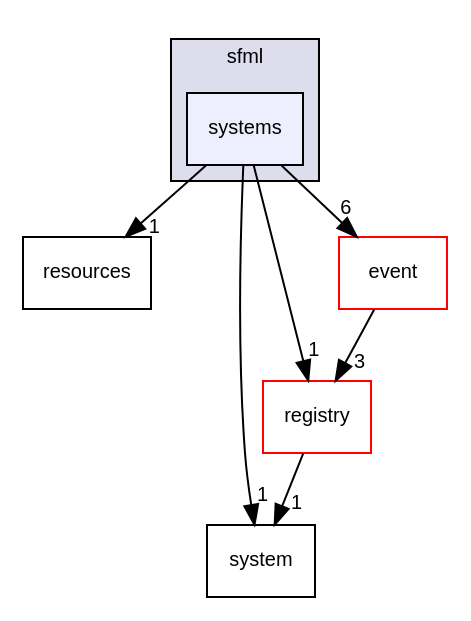
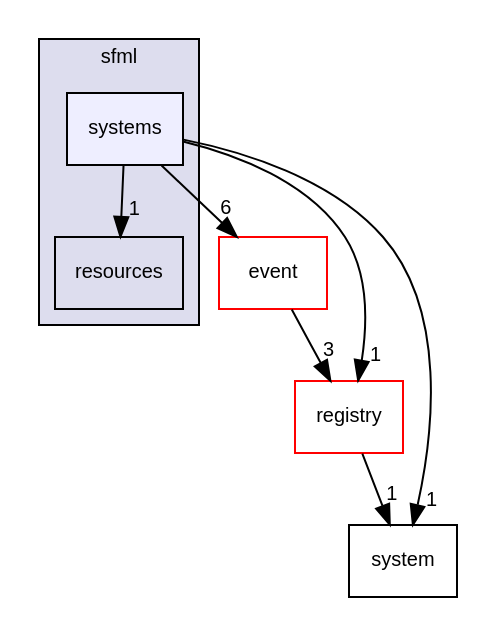
One commit to AndreasLrx/ecstasy changed the diagram in dir_30970fbe9de3918f98e58b7106d748f8_dep.dot. Above: the diagram before and after it, drawn with Graphviz. The commit also changed other lines of this file and 1072 other files, not shown here.

```diff
--- a/dir_30970fbe9de3918f98e58b7106d748f8_dep.dot
+++ b/dir_30970fbe9de3918f98e58b7106d748f8_dep.dot
@@ -1,19 +1,19 @@
 digraph "src/ecstasy/integrations/sfml/systems" {
   compound=true
   node [ fontsize="10", fontname="Helvetica"];
   edge [ labelfontsize="10", labelfontname="Helvetica"];
   subgraph clusterdir_51c06735119cb26e5f04dc30c3de2d57 {
     graph [ bgcolor="#ddddee", pencolor="black", label="sfml" fontname="Helvetica", fontsize="10", URL="dir_51c06735119cb26e5f04dc30c3de2d57.html"]
+  dir_d39b5e3b98d710191729c82e4f1d60c9 [shape=box label="resources" URL="dir_d39b5e3b98d710191729c82e4f1d60c9.html"];
   dir_30970fbe9de3918f98e58b7106d748f8 [shape=box, label="systems", style="filled", fillcolor="#eeeeff", pencolor="black", URL="dir_30970fbe9de3918f98e58b7106d748f8.html"];
   }
-  dir_d39b5e3b98d710191729c82e4f1d60c9 [shape=box label="resources" URL="dir_d39b5e3b98d710191729c82e4f1d60c9.html"];
+  dir_183c73d974247df0fabaedf6b9eb94ef [shape=box label="event" fillcolor="white" style="filled" color="red" URL="dir_183c73d974247df0fabaedf6b9eb94ef.html"];
+  dir_27d9dd95bf0309eb27f3bb61fbabadeb [shape=box label="registry" fillcolor="white" style="filled" color="red" URL="dir_27d9dd95bf0309eb27f3bb61fbabadeb.html"];
   dir_bb1f71bfffde0d1688dd5f7686f27ec6 [shape=box label="system" URL="dir_bb1f71bfffde0d1688dd5f7686f27ec6.html"];
-  dir_27d9dd95bf0309eb27f3bb61fbabadeb [shape=box label="registry" fillcolor="white" style="filled" color="red" URL="dir_27d9dd95bf0309eb27f3bb61fbabadeb.html"];
-  dir_183c73d974247df0fabaedf6b9eb94ef [shape=box label="event" fillcolor="white" style="filled" color="red" URL="dir_183c73d974247df0fabaedf6b9eb94ef.html"];
+  dir_30970fbe9de3918f98e58b7106d748f8->dir_183c73d974247df0fabaedf6b9eb94ef [headlabel="6", labeldistance=1.5 headhref="dir_000009_000003.html"];
+  dir_30970fbe9de3918f98e58b7106d748f8->dir_27d9dd95bf0309eb27f3bb61fbabadeb [headlabel="1", labeldistance=1.5 headhref="dir_000009_000014.html"];
+  dir_30970fbe9de3918f98e58b7106d748f8->dir_bb1f71bfffde0d1688dd5f7686f27ec6 [headlabel="1", labeldistance=1.5 headhref="dir_000009_000023.html"];
   dir_30970fbe9de3918f98e58b7106d748f8->dir_d39b5e3b98d710191729c82e4f1d60c9 [headlabel="1", labeldistance=1.5 headhref="dir_000009_000008.html"];
-  dir_30970fbe9de3918f98e58b7106d748f8->dir_bb1f71bfffde0d1688dd5f7686f27ec6 [headlabel="1", labeldistance=1.5 headhref="dir_000009_000023.html"];
-  dir_30970fbe9de3918f98e58b7106d748f8->dir_27d9dd95bf0309eb27f3bb61fbabadeb [headlabel="1", labeldistance=1.5 headhref="dir_000009_000014.html"];
-  dir_30970fbe9de3918f98e58b7106d748f8->dir_183c73d974247df0fabaedf6b9eb94ef [headlabel="6", labeldistance=1.5 headhref="dir_000009_000003.html"];
   dir_27d9dd95bf0309eb27f3bb61fbabadeb->dir_bb1f71bfffde0d1688dd5f7686f27ec6 [headlabel="1", labeldistance=1.5 headhref="dir_000014_000023.html"];
   dir_183c73d974247df0fabaedf6b9eb94ef->dir_27d9dd95bf0309eb27f3bb61fbabadeb [headlabel="3", labeldistance=1.5 headhref="dir_000003_000014.html"];
 }
```
